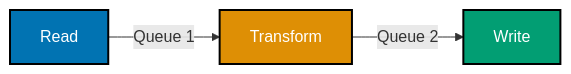
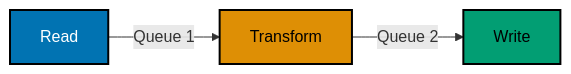
Before and after one commit to wahidyankf/ose-public: the fifth of 15 diagrams in apps/ayokoding-www/content/en/learn/courses/concurrency-and-parallelism/learning/advanced.md, drawn with Mermaid. The commit also changed other lines of this file and 144 other files, not shown here.

First line of the commit message:
fix(mermaid): bring the first half of the courses diagrams onto the accessible palette

````diff
--- a/apps/ayokoding-www/content/en/learn/courses/concurrency-and-parallelism/learning/advanced.md
+++ b/apps/ayokoding-www/content/en/learn/courses/concurrency-and-parallelism/learning/advanced.md
@@ -1415,9 +1427,12 @@
 ```mermaid
 %% Color Palette: Blue #0173B2, Orange #DE8F05, Teal #029E73, Purple #CC78BC
 flowchart LR
+    accTitle: Example 70: A Three-Stage Pipeline -- Read -> Transform -> Write, via Two Queues
+    accDescr: Flowchart with 3 nodes and 2 connections. Nodes: Read, Transform, Write. Connections: Read to Transform (Queue 1), Transform to Write (Queue 2).
     R["Read"]:::blue -->|"Queue 1"| T["Transform"]:::orange -->|"Queue 2"| W["Write"]:::teal
 
     classDef blue fill:#0173B2,stroke:#000000,color:#FFFFFF,stroke-width:2px
-    classDef orange fill:#DE8F05,stroke:#000000,color:#FFFFFF,stroke-width:2px
-    classDef teal fill:#029E73,stroke:#000000,color:#FFFFFF,stroke-width:2px
+    classDef orange fill:#DE8F05,stroke:#000000,color:#000000,stroke-width:2px
+    classDef teal fill:#029E73,stroke:#000000,color:#000000,stroke-width:2px
+    classDef default fill:#FFFFFF,stroke:#000000,color:#000000
 ```
````
